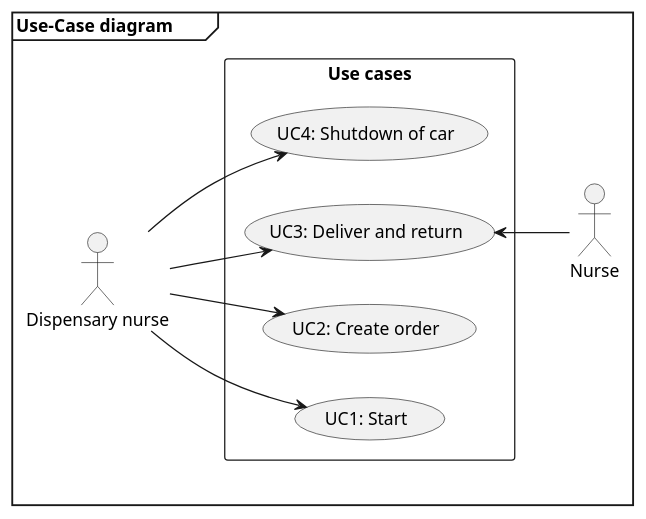
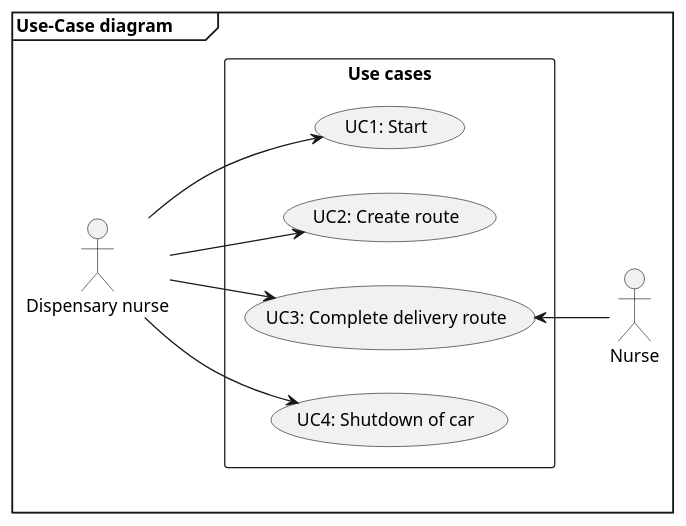
The diagram in docs/diagrams/Plantuml/requirements/usecase diagram.puml (lineklemensen/PRJ3), drawn with PlantUML before and after one commit. The commit also changed 2 other files, not shown here.

Commit message:
Update naming of UC diagram
And add to func req file

```diff
--- a/docs/diagrams/Plantuml/requirements/usecase diagram.puml
+++ b/docs/diagrams/Plantuml/requirements/usecase diagram.puml
@@ -1,21 +1,21 @@
 @startuml
 left to right direction
 mainframe **Use-Case diagram**\t
 
 actor Nurse as n
 actor "Dispensary nurse" as dn
 
 rectangle "Use cases" {
+    usecase "UC1: Start" as UC1  
+    usecase "UC2: Create route" as UC2
+    usecase "UC3: Complete delivery route" as UC3
     usecase "UC4: Shutdown of car" as UC4
-    usecase "UC3: Deliver and return" as UC3
-    usecase "UC2: Create order" as UC2
-    usecase "UC1: Start" as UC1  
 }
 
 dn --> UC1
 dn --> UC2
 dn --> UC3
 dn --> UC4
 
 UC3 <-- n
 @enduml
```
